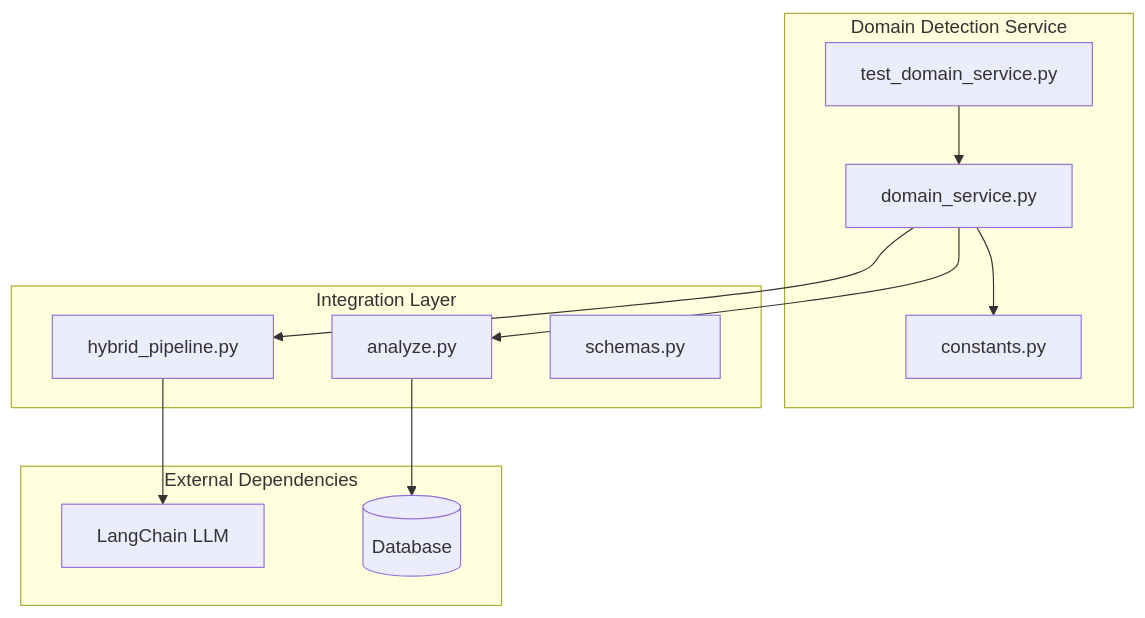
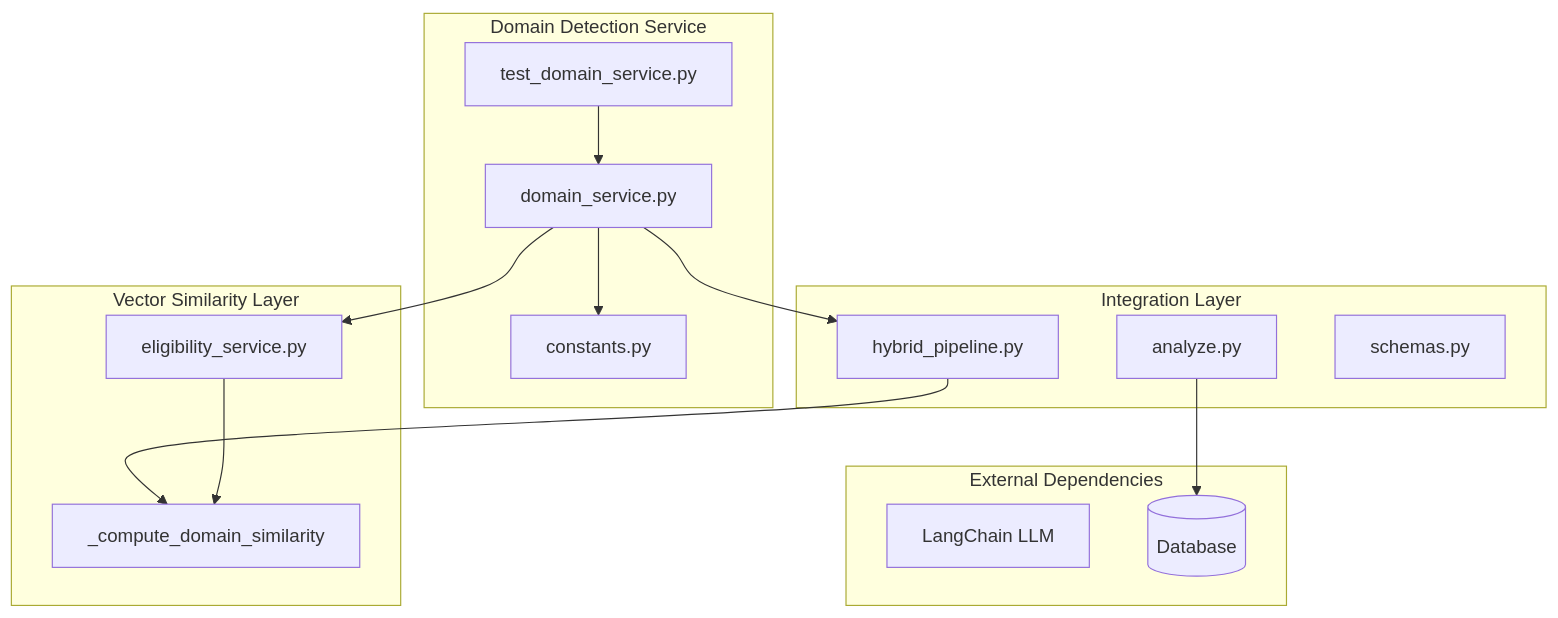
One commit to Revanththetalogics/aireume changed the first of 6 diagrams in .qoder/repowiki/en/content/Analysis Engine/Domain Detection Service.md. Above: the diagram before and after it, drawn with Mermaid. The commit also changed other lines of this file and 41 other files, not shown here.

````diff
--- a/.qoder/repowiki/en/content/Analysis Engine/Domain Detection Service.md
+++ b/.qoder/repowiki/en/content/Analysis Engine/Domain Detection Service.md
@@ -35,23 +46,28 @@
 ```mermaid
 graph TB
 subgraph "Domain Detection Service"
 DS[domain_service.py]
 CT[constants.py]
 TP[test_domain_service.py]
+end
+subgraph "Vector Similarity Layer"
+VS[_compute_domain_similarity]
+ES[eligibility_service.py]
 end
 subgraph "Integration Layer"
 HP[hybrid_pipeline.py]
 AR[analyze.py]
 SC[schemas.py]
 end
 subgraph "External Dependencies"
 LC[LangChain LLM]
 DB[(Database)]
 end
 DS --> CT
 DS --> HP
-DS --> AR
-HP --> LC
+DS --> ES
+HP --> VS
+ES --> VS
 AR --> DB
 TP --> DS
 ```
````
